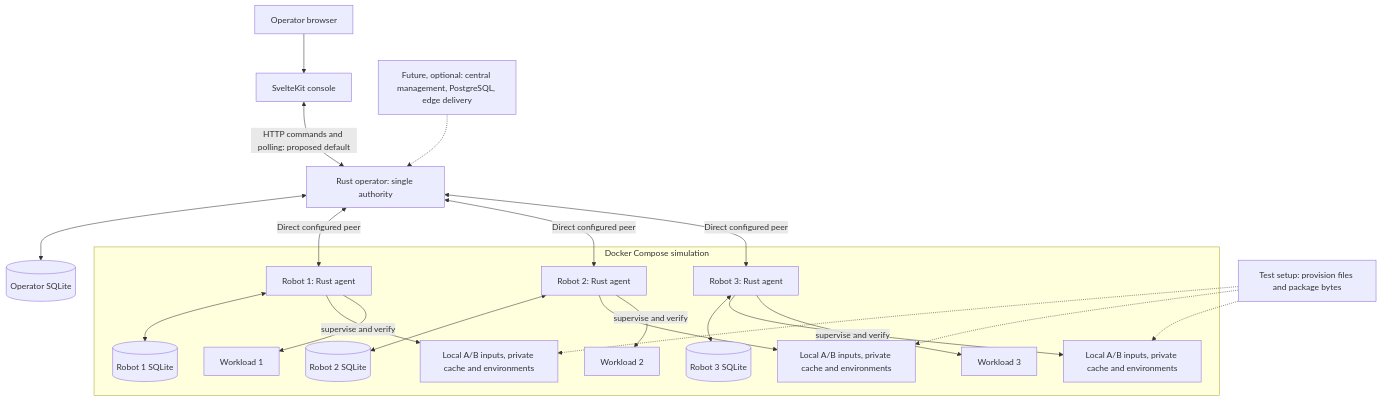
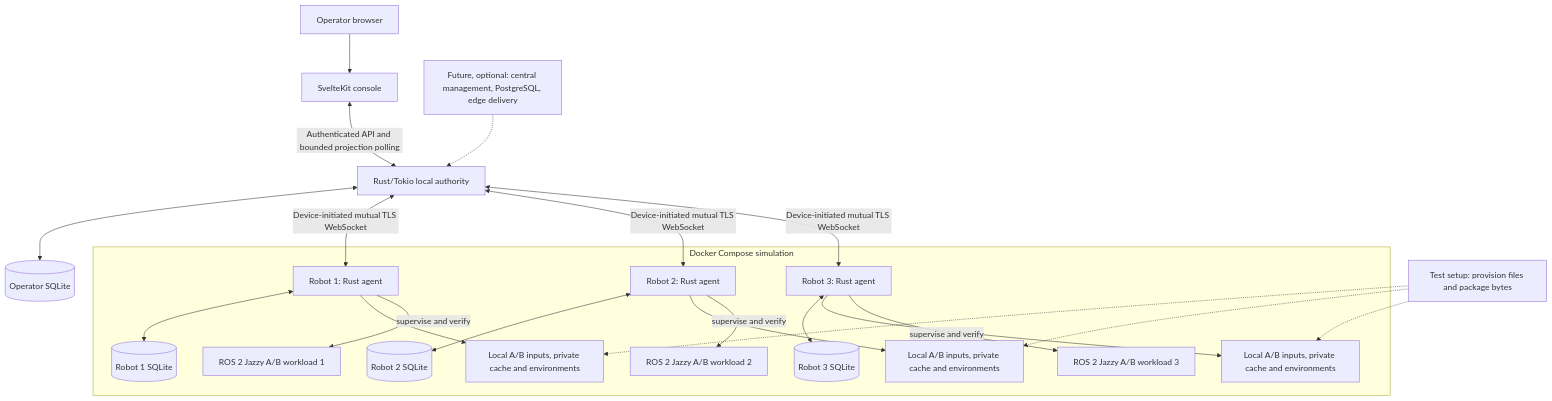
One commit to gleniosp/fleetforge changed the first of 3 diagrams in docs/architecture/overview.md. Above: the diagram before and after it, drawn with Mermaid. The commit also changed other lines of this file and 17 other files, not shown here.

Commit message:
docs: consolidate FleetForge architecture and workflow

````diff
--- a/docs/architecture/overview.md
+++ b/docs/architecture/overview.md
@@ -9,26 +24,26 @@
 ```mermaid
 flowchart TB
     Browser["Operator browser"] --> Web["SvelteKit console"]
-    Web <-->|"HTTP commands and polling: proposed default"| Operator["Rust operator: single authority"]
+    Web <-->|"Authenticated API and bounded projection polling"| Operator["Rust/Tokio local authority"]
     Operator <--> ODB[("Operator SQLite")]
 
     subgraph Fleet["Docker Compose simulation"]
         R1["Robot 1: Rust agent"] <--> D1[("Robot 1 SQLite")]
         R2["Robot 2: Rust agent"] <--> D2[("Robot 2 SQLite")]
         R3["Robot 3: Rust agent"] <--> D3[("Robot 3 SQLite")]
         R1 --> P1["Local A/B inputs, private cache and environments"]
         R2 --> P2["Local A/B inputs, private cache and environments"]
         R3 --> P3["Local A/B inputs, private cache and environments"]
-        R1 -->|"supervise and verify"| W1["Workload 1"]
-        R2 -->|"supervise and verify"| W2["Workload 2"]
-        R3 -->|"supervise and verify"| W3["Workload 3"]
+        R1 -->|"supervise and verify"| W1["ROS 2 Jazzy A/B workload 1"]
+        R2 -->|"supervise and verify"| W2["ROS 2 Jazzy A/B workload 2"]
+        R3 -->|"supervise and verify"| W3["ROS 2 Jazzy A/B workload 3"]
     end
 
-    Operator <-->|"Direct configured peer"| R1
-    Operator <-->|"Direct configured peer"| R2
-    Operator <-->|"Direct configured peer"| R3
+    Operator <-->|"Device-initiated mutual TLS WebSocket"| R1
+    Operator <-->|"Device-initiated mutual TLS WebSocket"| R2
+    Operator <-->|"Device-initiated mutual TLS WebSocket"| R3
     Provision["Test setup: provision files and package bytes"] -.-> P1
     Provision -.-> P2
     Provision -.-> P3
     Future["Future, optional: central management, PostgreSQL, edge delivery"] -.-> Operator
 ```
````
